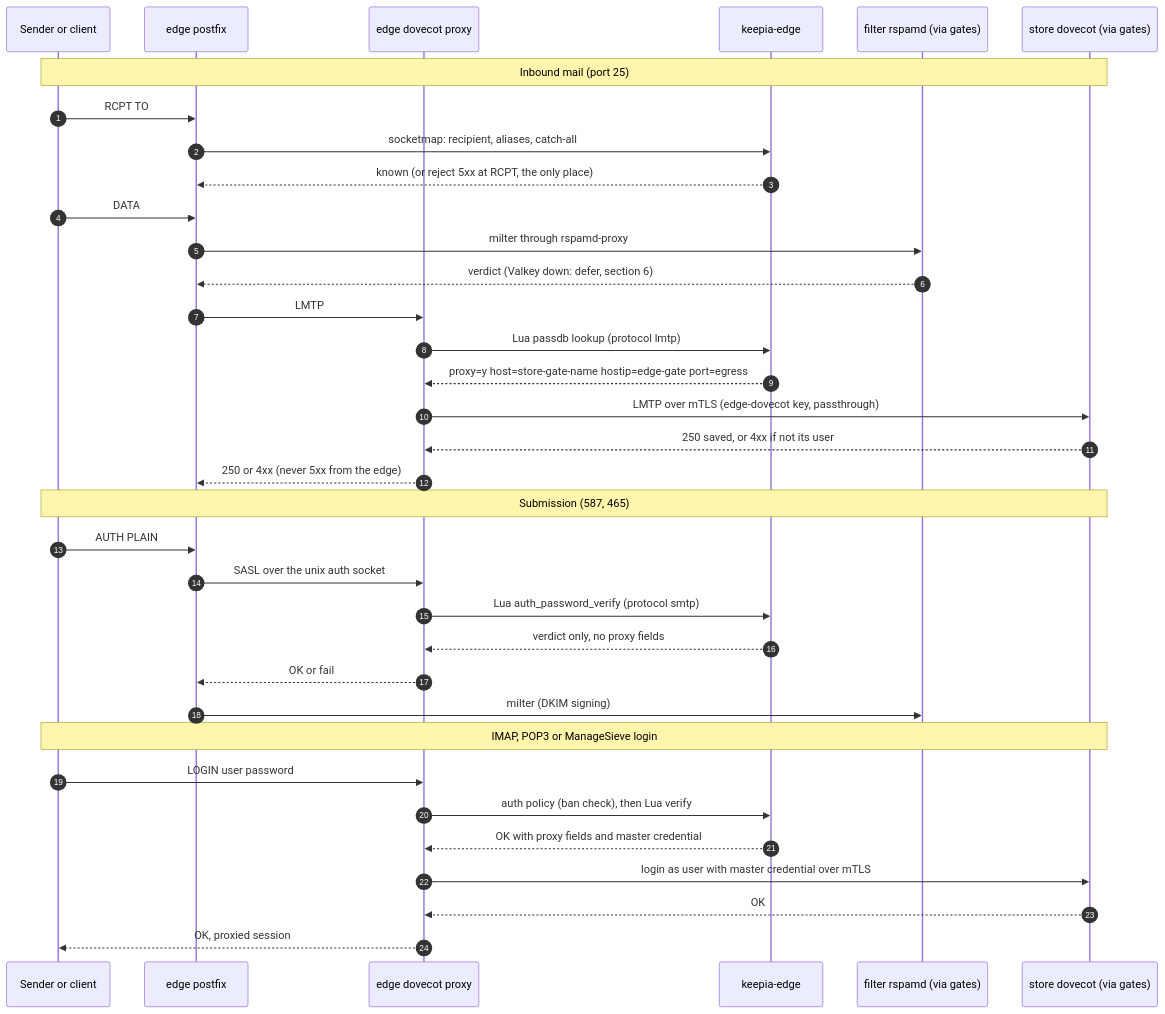
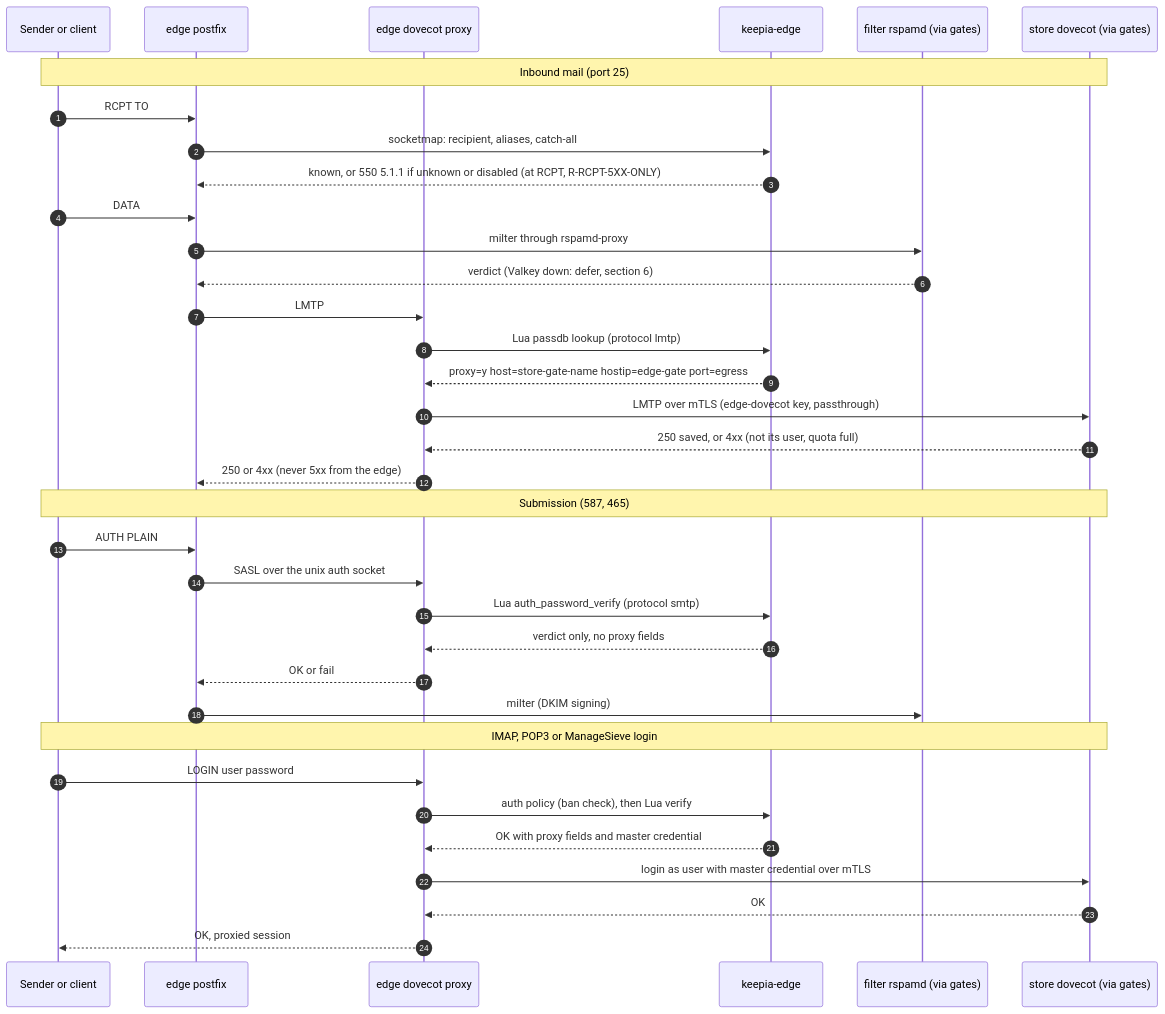
The second of 2 diagrams in docs/development/architecture.md (keepia/mail), drawn with Mermaid before and after one commit. The commit also changed other lines of this file and 1 other file, not shown here.

First line of the commit message:
Architecture amendments from the maintainer's 0.2.0 answers (#94)

````diff
--- a/docs/development/architecture.md
+++ b/docs/development/architecture.md
@@ -296,40 +404,40 @@
 ```mermaid
 sequenceDiagram
   autonumber
   participant S as Sender or client
   participant P as edge postfix
   participant D as edge dovecot proxy
   participant K as keepia-edge
   participant F as filter rspamd (via gates)
   participant T as store dovecot (via gates)
 
   Note over S,T: Inbound mail (port 25)
   S->>P: RCPT TO
   P->>K: socketmap: recipient, aliases, catch-all
-  K-->>P: known (or reject 5xx at RCPT, the only place)
+  K-->>P: known, or 550 5.1.1 if unknown or disabled (at RCPT, R-RCPT-5XX-ONLY)
   S->>P: DATA
   P->>F: milter through rspamd-proxy
   F-->>P: verdict (Valkey down: defer, section 6)
   P->>D: LMTP
   D->>K: Lua passdb lookup (protocol lmtp)
   K-->>D: proxy=y host=store-gate-name hostip=edge-gate port=egress
   D->>T: LMTP over mTLS (edge-dovecot key, passthrough)
-  T-->>D: 250 saved, or 4xx if not its user
+  T-->>D: 250 saved, or 4xx (not its user, quota full)
   D-->>P: 250 or 4xx (never 5xx from the edge)
 
   Note over S,T: Submission (587, 465)
   S->>P: AUTH PLAIN
   P->>D: SASL over the unix auth socket
   D->>K: Lua auth_password_verify (protocol smtp)
   K-->>D: verdict only, no proxy fields
   D-->>P: OK or fail
   P->>F: milter (DKIM signing)
 
   Note over S,T: IMAP, POP3 or ManageSieve login
   S->>D: LOGIN user password
   D->>K: auth policy (ban check), then Lua verify
   K-->>D: OK with proxy fields and master credential
   D->>T: login as user with master credential over mTLS
   T-->>D: OK
   D-->>S: OK, proxied session
 ```
````
